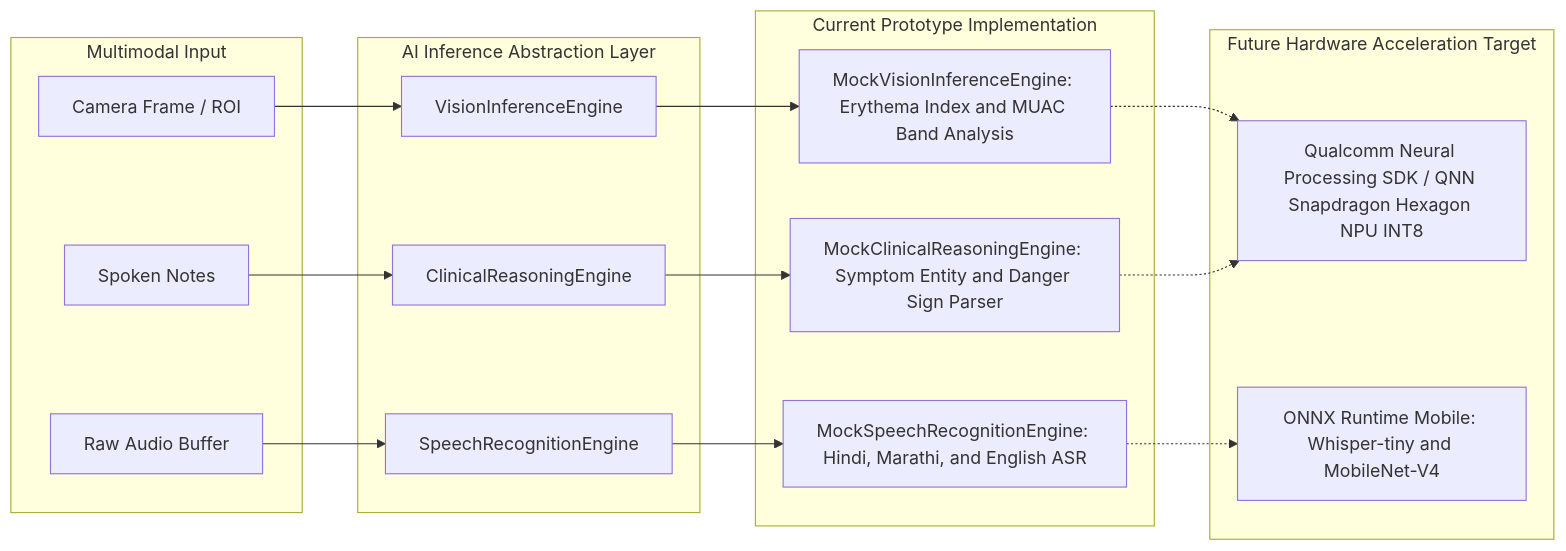
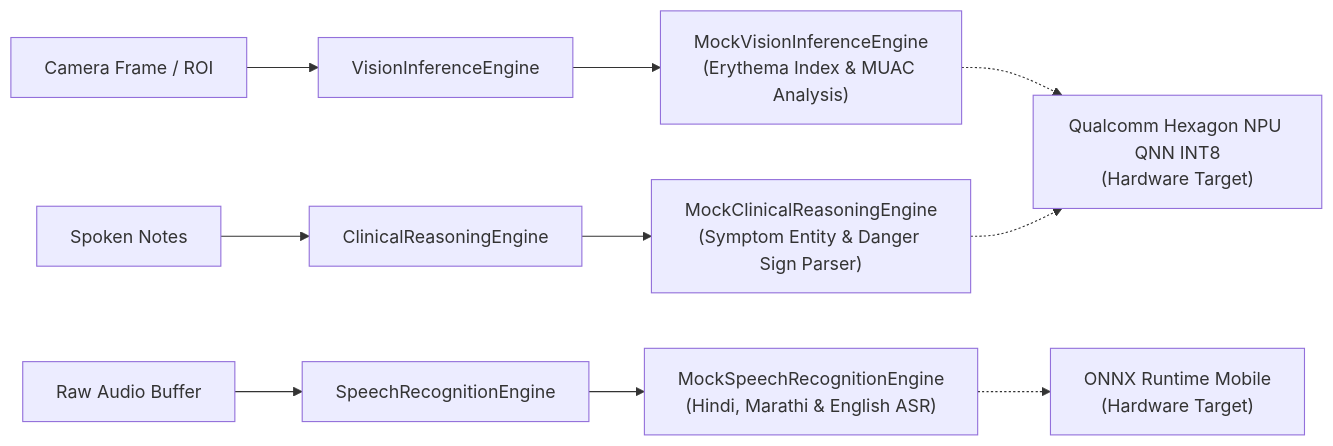
One commit to SarthakNC/Nidan-AI---IQOO-INDIA-HACKATHON-IDEA-SUBMISSION changed the third of 4 diagrams in README.md. Above: the diagram before and after it, drawn with Mermaid. The commit also changed other lines of this file, not shown here.

First line of the commit message:
docs: update system architecture diagram in README

````diff
--- a/README.md
+++ b/README.md
@@ -230,38 +207,14 @@
 ```mermaid
 flowchart LR
-    subgraph Input ["Multimodal Input"]
-        Cam["Camera Frame / ROI"]
-        Mic["Raw Audio Buffer"]
-        Text["Spoken Notes"]
-    end
+    Cam["Camera Frame / ROI"] --> VIE["VisionInferenceEngine"]
+    Mic["Raw Audio Buffer"] --> SRE["SpeechRecognitionEngine"]
+    Text["Spoken Notes"] --> CRE["ClinicalReasoningEngine"]
 
-    subgraph Abstraction ["AI Inference Abstraction Layer"]
-        VIE["VisionInferenceEngine"]
-        SRE["SpeechRecognitionEngine"]
-        CRE["ClinicalReasoningEngine"]
-    end
+    VIE --> MVIE["MockVisionInferenceEngine<br/>(Erythema Index & MUAC Analysis)"]
+    SRE --> MSRE["MockSpeechRecognitionEngine<br/>(Hindi, Marathi & English ASR)"]
+    CRE --> MCRE["MockClinicalReasoningEngine<br/>(Symptom Entity & Danger Sign Parser)"]
 
-    subgraph Engine ["Current Prototype Implementation"]
-        MVIE["MockVisionInferenceEngine: Erythema Index and MUAC Band Analysis"]
-        MSRE["MockSpeechRecognitionEngine: Hindi, Marathi, and English ASR"]
-        MCRE["MockClinicalReasoningEngine: Symptom Entity and Danger Sign Parser"]
-    end
-
-    subgraph Target ["Future Hardware Acceleration Target"]
-        QNN["Qualcomm Neural Processing SDK / QNN Snapdragon Hexagon NPU INT8"]
-        ONNX["ONNX Runtime Mobile: Whisper-tiny and MobileNet-V4"]
-    end
-
-    Cam --> VIE
-    Mic --> SRE
-    Text --> CRE
-
-    VIE --> MVIE
-    MVIE -.-> QNN
-
-    SRE --> MSRE
-    MSRE -.-> ONNX
-
-    CRE --> MCRE
+    MVIE -.-> QNN["Qualcomm Hexagon NPU QNN INT8<br/>(Hardware Target)"]
+    MSRE -.-> ONNX["ONNX Runtime Mobile<br/>(Hardware Target)"]
     MCRE -.-> QNN
 ```
````
